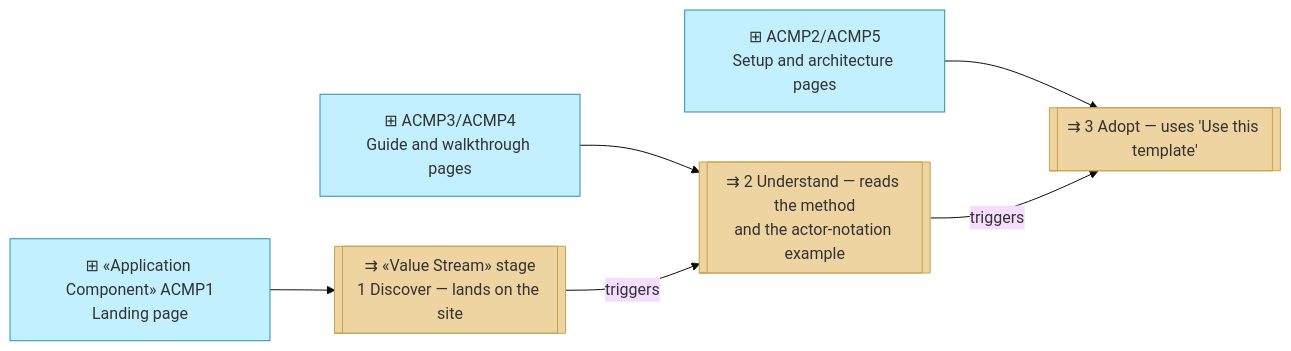
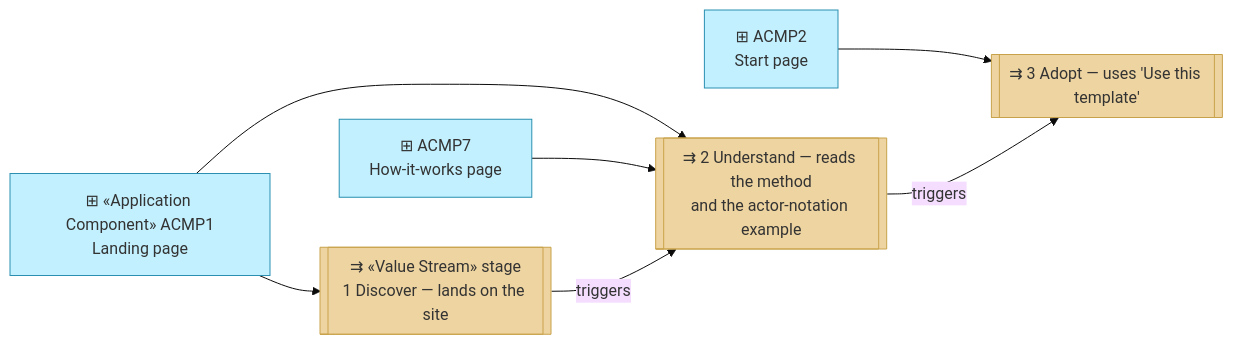
One commit to roanboc/architecture-archreator changed the second of 2 diagrams in site/docs/ea/1_strategy/3_value-stream.md. Above: the diagram before and after it, drawn with Mermaid (base theme). The commit also changed other lines of this file and 24 other files, not shown here.

````diff
--- a/site/docs/ea/1_strategy/3_value-stream.md
+++ b/site/docs/ea/1_strategy/3_value-stream.md
@@ -31,20 +31,21 @@
 ```mermaid
 flowchart LR
   s1[["⇉ «Value Stream» stage<br>1 Discover — lands on the site"]]:::stage
   s2[["⇉ 2 Understand — reads the method<br>and the actor-notation example"]]:::stage
   s3[["⇉ 3 Adopt — uses 'Use this template'"]]:::stage
 
   acmp1["⊞ «Application Component» ACMP1<br>Landing page"]:::component
-  acmp3["⊞ ACMP3/ACMP4<br>Guide and walkthrough pages"]:::component
-  acmp2["⊞ ACMP2/ACMP5<br>Setup and architecture pages"]:::component
+  acmp7["⊞ ACMP7<br>How-it-works page"]:::component
+  acmp2["⊞ ACMP2<br>Start page"]:::component
 
   acmp1 --> s1
-  acmp3 --> s2
+  acmp1 --> s2
+  acmp7 --> s2
   acmp2 --> s3
 
   s1 -->|triggers| s2
   s2 -->|triggers| s3
 
   classDef stage fill:#eed4a0,stroke:#c8a24a,color:#333
   classDef component fill:#c2f0ff,stroke:#2a8fb0,color:#333
 ```
````
